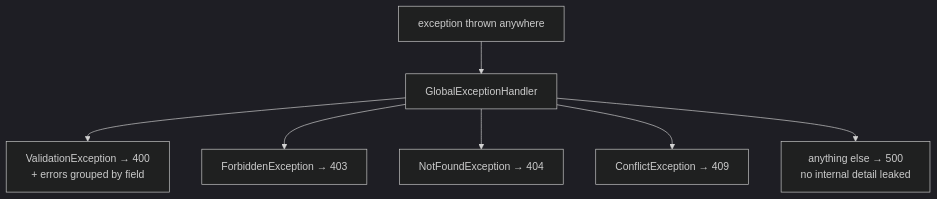
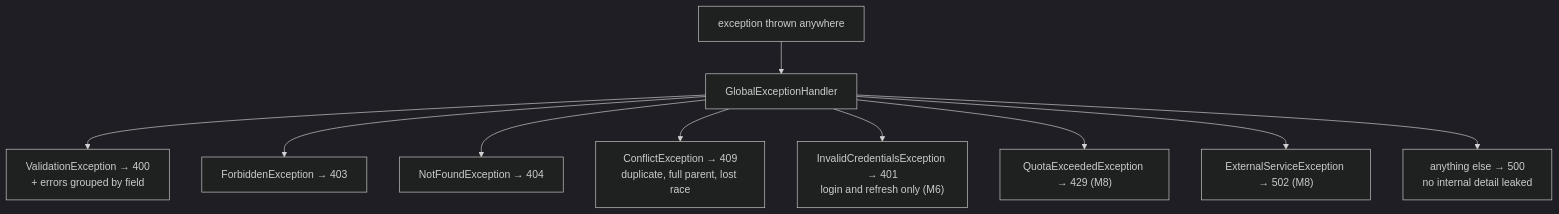
One commit to alamr-nawaf/StudyHub changed the sixth of 8 diagrams in docs/ARCHITECTURE.md. Above: the diagram before and after it, drawn with Mermaid (dark theme). The commit also changed other lines of this file and 3 other files, not shown here.

Commit message:
Update Roadmap

````diff
--- a/docs/ARCHITECTURE.md
+++ b/docs/ARCHITECTURE.md
@@ -299,9 +316,12 @@
 ```mermaid
 graph TD
     E["exception thrown anywhere"] --> G["GlobalExceptionHandler"]
     G --> V["ValidationException → 400<br/>+ errors grouped by field"]
     G --> F["ForbiddenException → 403"]
     G --> N["NotFoundException → 404"]
-    G --> C["ConflictException → 409"]
+    G --> C["ConflictException → 409<br/>duplicate, full parent, lost race"]
+    G --> I["InvalidCredentialsException → 401<br/>login and refresh only (M6)"]
+    G --> Q["QuotaExceededException → 429 (M8)"]
+    G --> X["ExternalServiceException → 502 (M8)"]
     G --> S["anything else → 500<br/>no internal detail leaked"]
 ```
````
